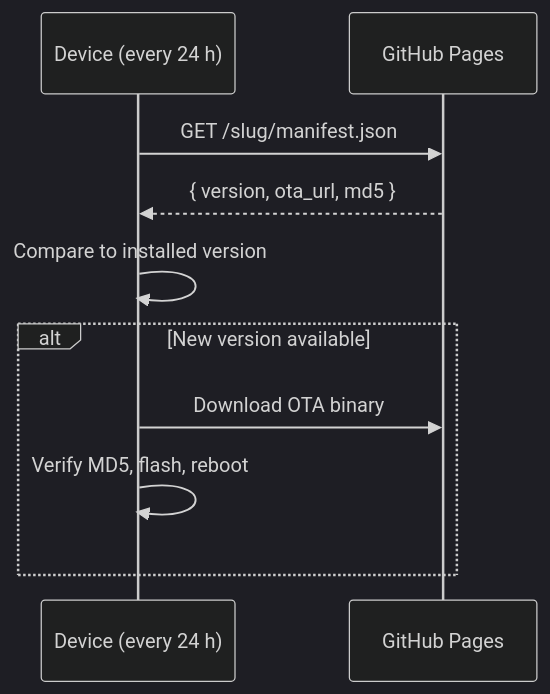
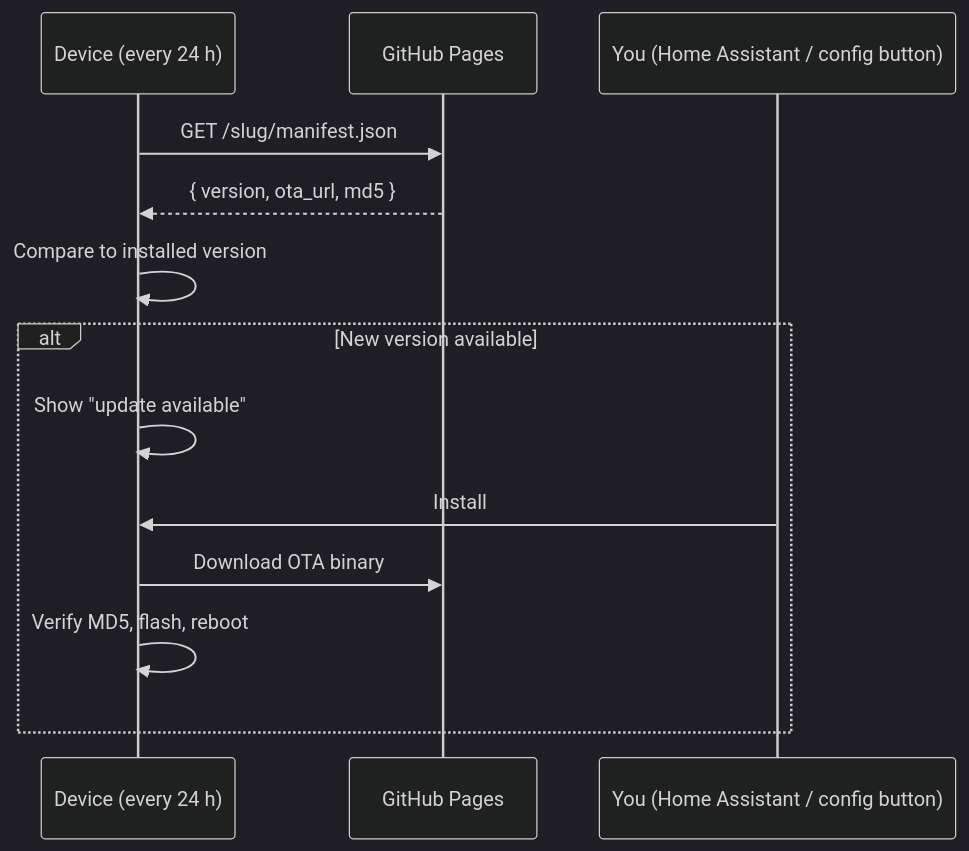
One commit to luukvisser/airgradient_esphome changed the diagram in docs/firmware.md. Above: the diagram before and after it, drawn with Mermaid (dark theme). The commit also changed other lines of this file and 11 other files, not shown here.

````diff
--- a/docs/firmware.md
+++ b/docs/firmware.md
@@ -56,13 +59,16 @@
 ```mermaid
 sequenceDiagram
     participant D as Device (every 24 h)
     participant P as GitHub Pages
+    participant U as You (Home Assistant / config button)
 
     D->>P: GET /slug/manifest.json
     P-->>D: { version, ota_url, md5 }
     D->>D: Compare to installed version
     alt New version available
+        D->>D: Show "update available"
+        U->>D: Install
         D->>P: Download OTA binary
         D->>D: Verify MD5, flash, reboot
     end
 ```
````
